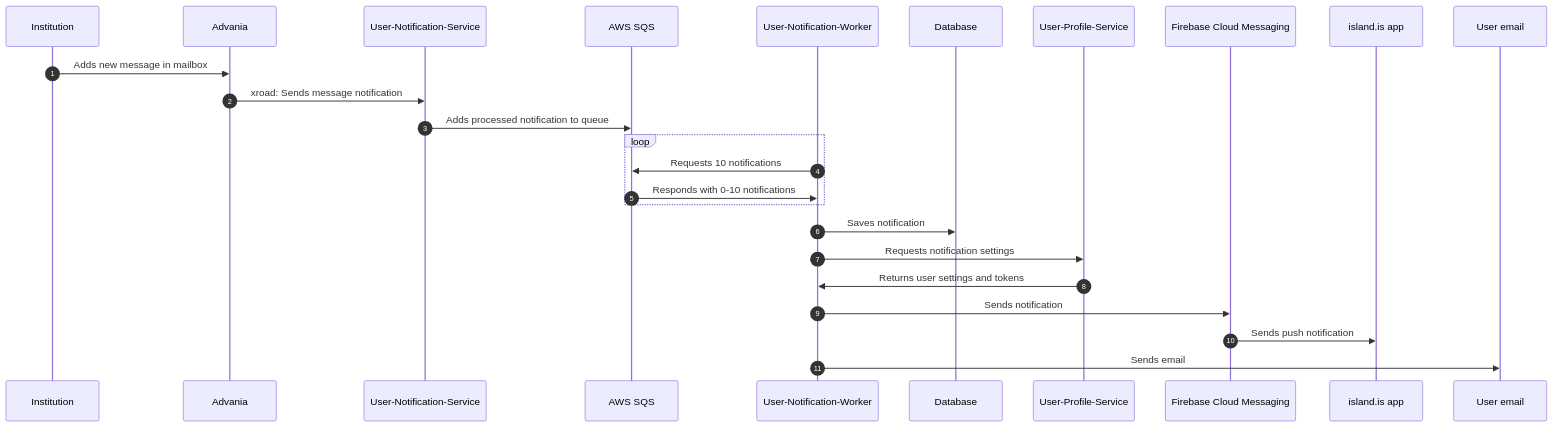
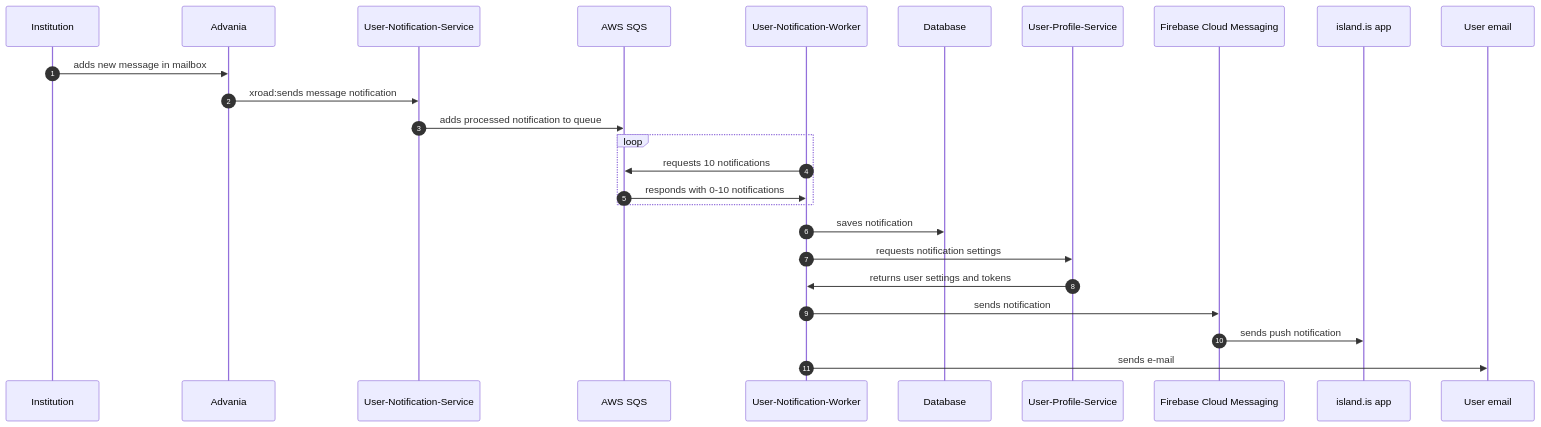
One commit to island-is/island.is changed the diagram in apps/services/user-notification/README.md. Above: the diagram before and after it, drawn with Mermaid. The commit also changed other lines of this file and 452 other files, not shown here.

````diff
--- a/apps/services/user-notification/README.md
+++ b/apps/services/user-notification/README.md
@@ -9,17 +9,17 @@
 ```mermaid
 sequenceDiagram
     autonumber
-    Institution->>Advania: Adds new message in mailbox
-    Advania->>User-Notification-Service: xroad: Sends message notification
-    User-Notification-Service->>AWS SQS: Adds processed notification to queue
+    Institution->>Advania:adds new message in mailbox
+    Advania->>User-Notification-Service:xroad:sends message notification
+    User-Notification-Service->>AWS SQS:adds processed notification to queue
     loop
-    User-Notification-Worker->>AWS SQS: Requests 10 notifications
-    AWS SQS->>User-Notification-Worker: Responds with 0-10 notifications
+    User-Notification-Worker->>AWS SQS:requests 10 notifications
+    AWS SQS->>User-Notification-Worker:responds with 0-10 notifications
     end
-    User-Notification-Worker->>Database: Saves notification
-    User-Notification-Worker->>User-Profile-Service: Requests notification settings
-    User-Profile-Service->>User-Notification-Worker: Returns user settings and tokens
-    User-Notification-Worker->>Firebase Cloud Messaging: Sends notification
-    Firebase Cloud Messaging->>island.is app: Sends push notification
-    User-Notification-Worker->>User email: Sends email
+    User-Notification-Worker->>Database: saves notification
+    User-Notification-Worker->>User-Profile-Service:requests notification settings
+    User-Profile-Service->>User-Notification-Worker:returns user settings and tokens
+    User-Notification-Worker->>Firebase Cloud Messaging: sends notification
+    Firebase Cloud Messaging->>island.is app:sends push notification
+    User-Notification-Worker->>User email: sends e-mail
 ```
````
